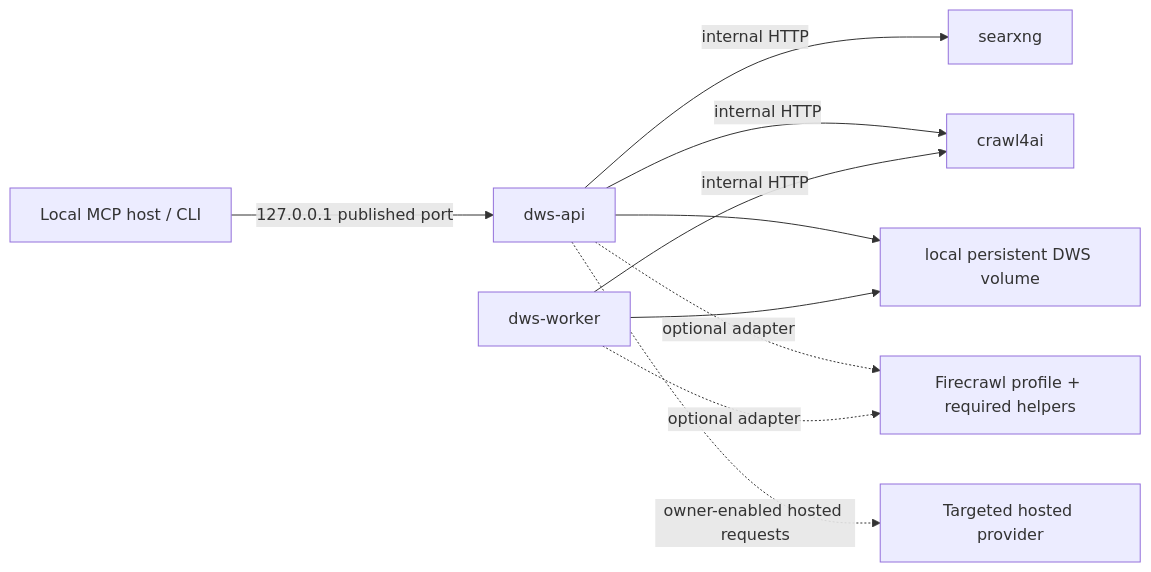
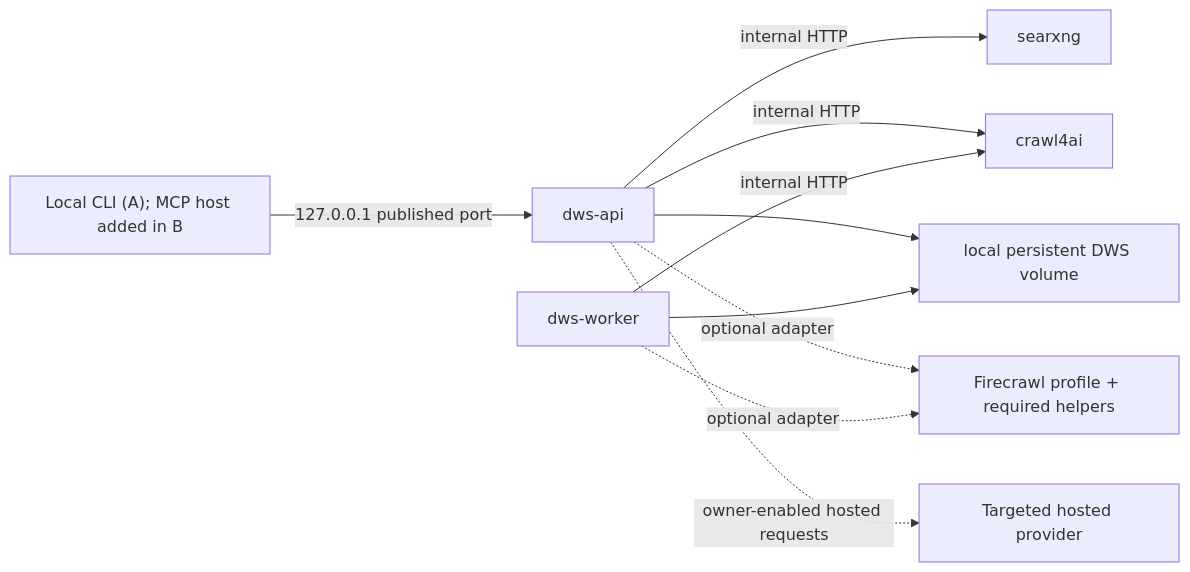
Before and after one commit to MVPavan/coding-ritual: the fifth of 5 diagrams in docs/brainstorms/dws/DWS_Design.md, drawn with Mermaid. The commit also changed other lines of this file and 50 other files, not shown here.

First line of the commit message:
feat(dws): establish CLI foundation and qualified runtime probes

````diff
--- a/docs/brainstorms/dws/DWS_Design.md
+++ b/docs/brainstorms/dws/DWS_Design.md
@@ -865,12 +876,12 @@
 ```mermaid
 flowchart LR
-    H["Local MCP host / CLI"] -->|"127.0.0.1 published port"| A["dws-api"]
+    H["Local CLI (A); MCP host added in B"] -->|"127.0.0.1 published port"| A["dws-api"]
     A -->|"internal HTTP"| S["searxng"]
     A -->|"internal HTTP"| C["crawl4ai"]
     W["dws-worker"] -->|"internal HTTP"| C
     A --> V["local persistent DWS volume"]
     W --> V
     A -. "optional adapter" .-> F["Firecrawl profile + required helpers"]
     W -. "optional adapter" .-> F
     A -. "owner-enabled hosted requests" .-> T["Targeted hosted provider"]
 ```
````
